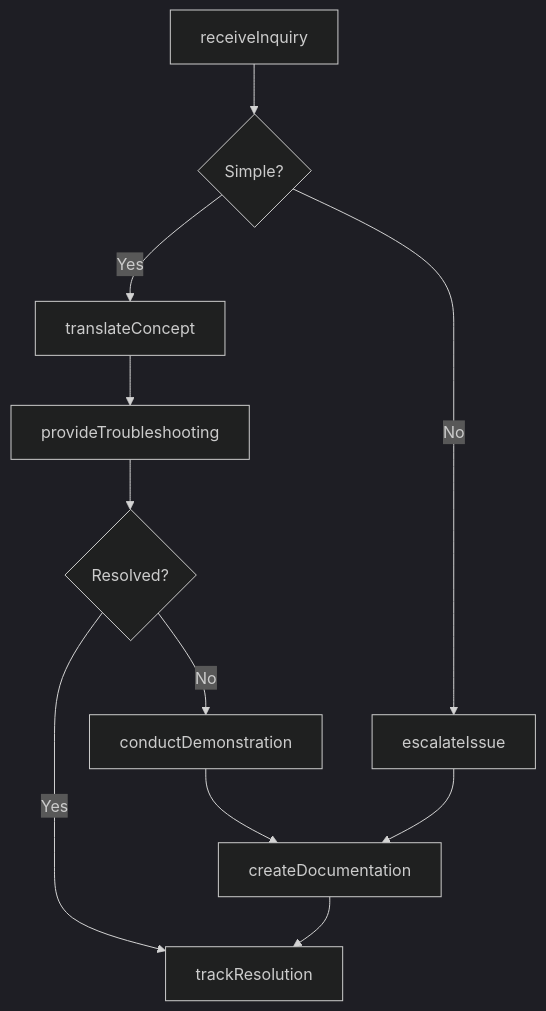
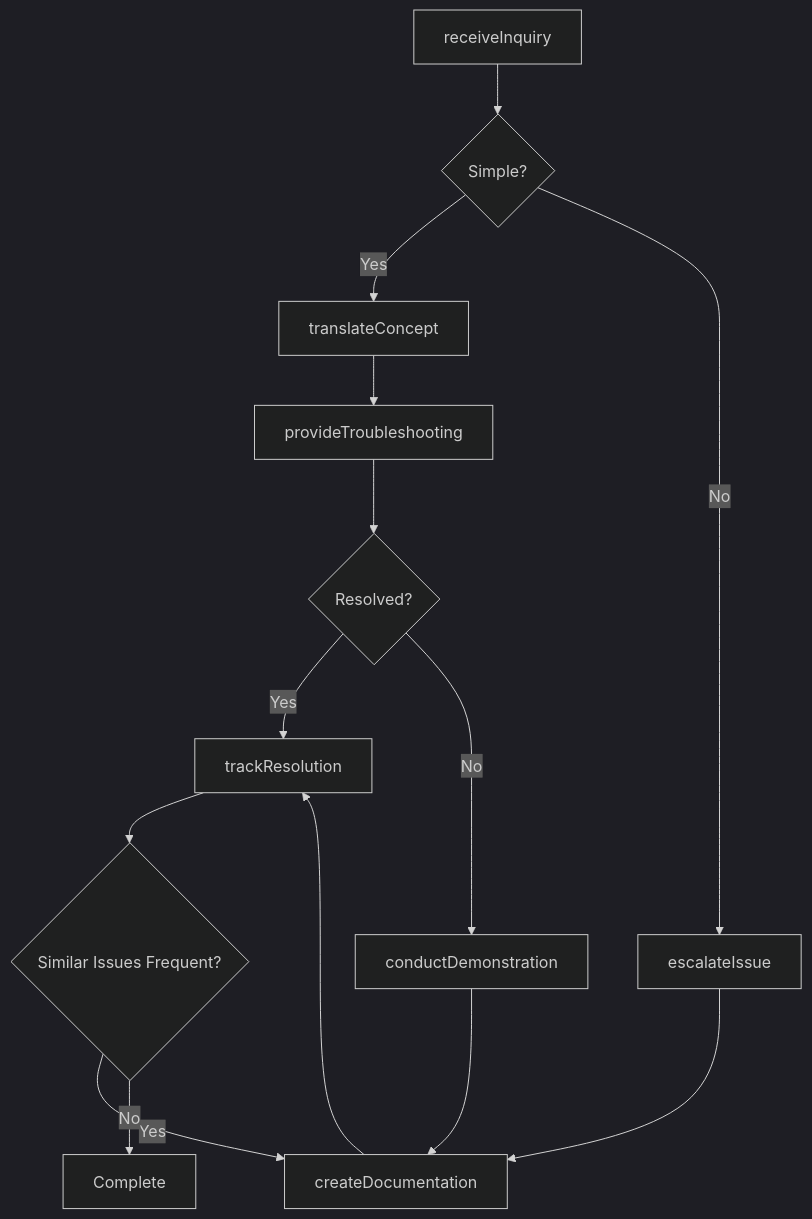
Before and after one commit to dot-org-ai/tasks.org.ai: the third of 4 diagrams in CommunicatingWithPeopleOutsideTheOrganization/ProvideInformationOrAssistanceToThePublic/ProvideTechnicalInformationAssistancePublic.mdx, drawn with Mermaid (dark theme). The commit also changed other lines of this file and 504 other files, not shown here.

First line of the commit message:
feat: Add ER diagrams, state diagrams, and workflow improvements to 96 DWA task files

````diff
--- a/CommunicatingWithPeopleOutsideTheOrganization/ProvideInformationOrAssistanceToThePublic/ProvideTechnicalInformationAssistancePublic.mdx
+++ b/CommunicatingWithPeopleOutsideTheOrganization/ProvideInformationOrAssistanceToThePublic/ProvideTechnicalInformationAssistancePublic.mdx
@@ -87,13 +115,16 @@
 ```mermaid
 graph TD
     A[receiveInquiry] --> B{Simple?}
     B -->|Yes| C[translateConcept]
     B -->|No| D[escalateIssue]
     C --> E[provideTroubleshooting]
     E --> F{Resolved?}
     F -->|Yes| G[trackResolution]
     F -->|No| H[conductDemonstration]
     H --> I[createDocumentation]
     D --> I
     I --> G
+    G --> J{Similar Issues Frequent?}
+    J -->|Yes| I
+    J -->|No| K[Complete]
 ```
````
